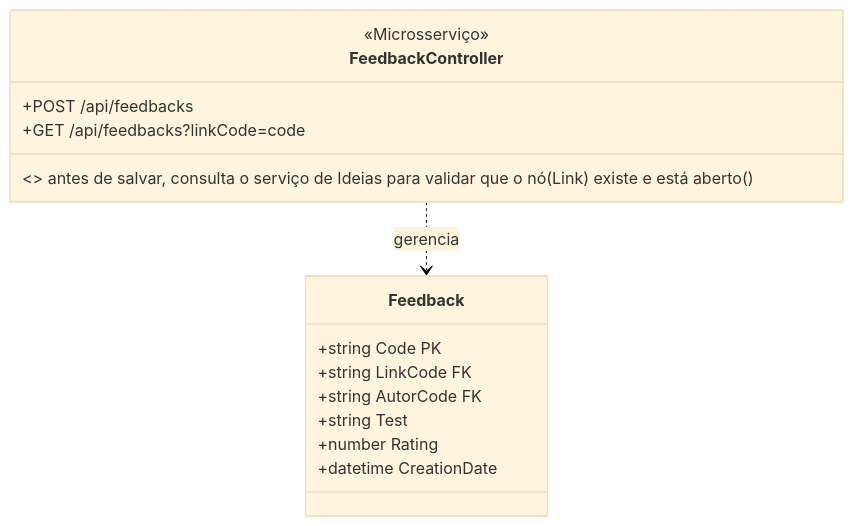
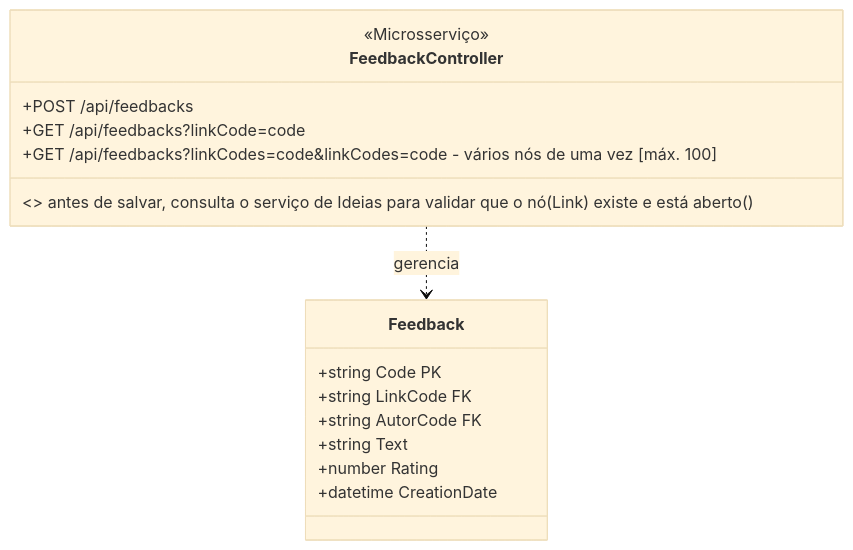
The sixth of 8 diagrams in README.md (thales-vaz-sousa/Branchstorm), drawn with Mermaid (base theme) before and after one commit. The commit also changed other lines of this file, not shown here.

````diff
--- a/README.md
+++ b/README.md
@@ -223,20 +224,21 @@
 ```mermaid
 classDiagram
     class FeedbackController {
         <<Microsserviço>>
         +POST /api/feedbacks
         +GET /api/feedbacks?linkCode=code
+        +GET /api/feedbacks?linkCodes=code&linkCodes=code - vários nós de uma vez [máx. 100]
         <<Integração>> antes de salvar, consulta o serviço de Ideias para validar que o nó(Link) existe e está aberto ()
     }
 
     class Feedback {
         +string Code PK
         +string LinkCode FK
         +string AutorCode FK
-        +string Test
+        +string Text
         +number Rating
         +datetime CreationDate
     }
 
     FeedbackController ..> Feedback : gerencia
 ```
````
